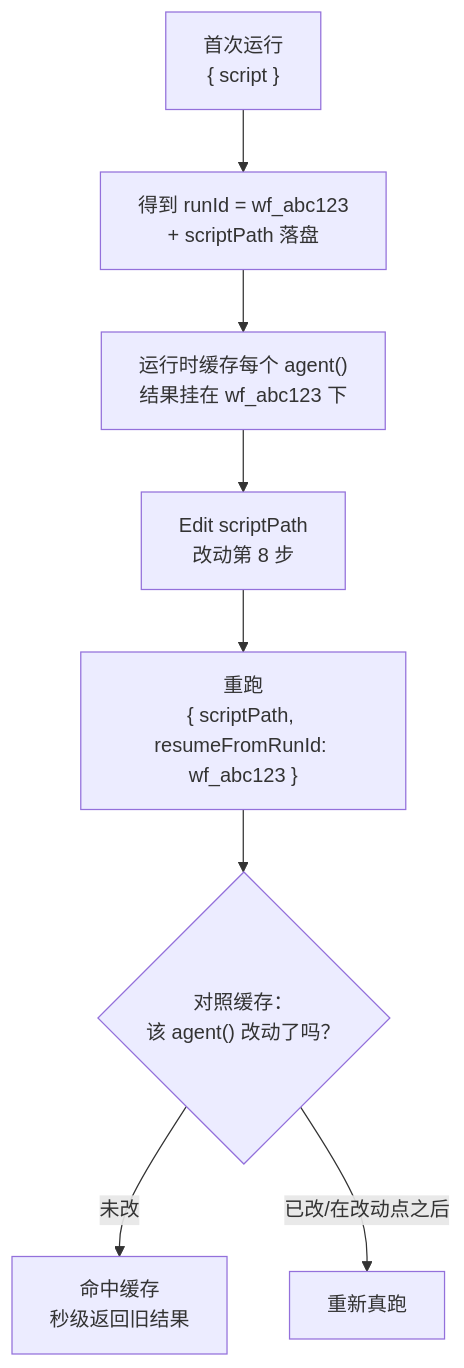
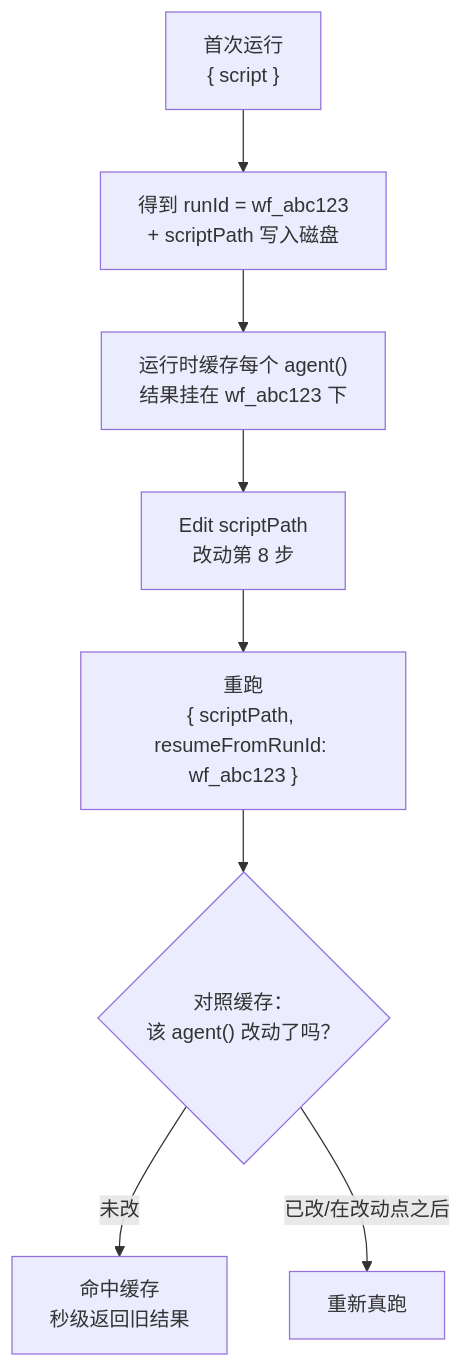
Before and after one commit to AGI-is-going-to-arrive/workflow-cookbook: the first of 2 diagrams in docs/zh/p4-22-resume-caching.md, drawn with Mermaid. The commit also changed other lines of this file and 78 other files, not shown here.

````diff
--- a/docs/zh/p4-22-resume-caching.md
+++ b/docs/zh/p4-22-resume-caching.md
@@ -43,10 +43,10 @@
 ```mermaid
 flowchart TD
-    R1["首次运行<br/>{ script }"] --> ID["得到 runId = wf_abc123<br/>+ scriptPath 落盘"]
+    R1["首次运行<br/>{ script }"] --> ID["得到 runId = wf_abc123<br/>+ scriptPath 写入磁盘"]
     ID --> CACHE["运行时缓存每个 agent()<br/>结果挂在 wf_abc123 下"]
     CACHE --> EDIT["Edit scriptPath<br/>改动第 8 步"]
     EDIT --> R2["重跑<br/>{ scriptPath, resumeFromRunId: wf_abc123 }"]
     R2 --> DIFF{"对照缓存：<br/>该 agent() 改动了吗？"}
     DIFF -->|未改| HIT["命中缓存<br/>秒级返回旧结果"]
     DIFF -->|已改/在改动点之后| RERUN["重新真跑"]
 ```
````
